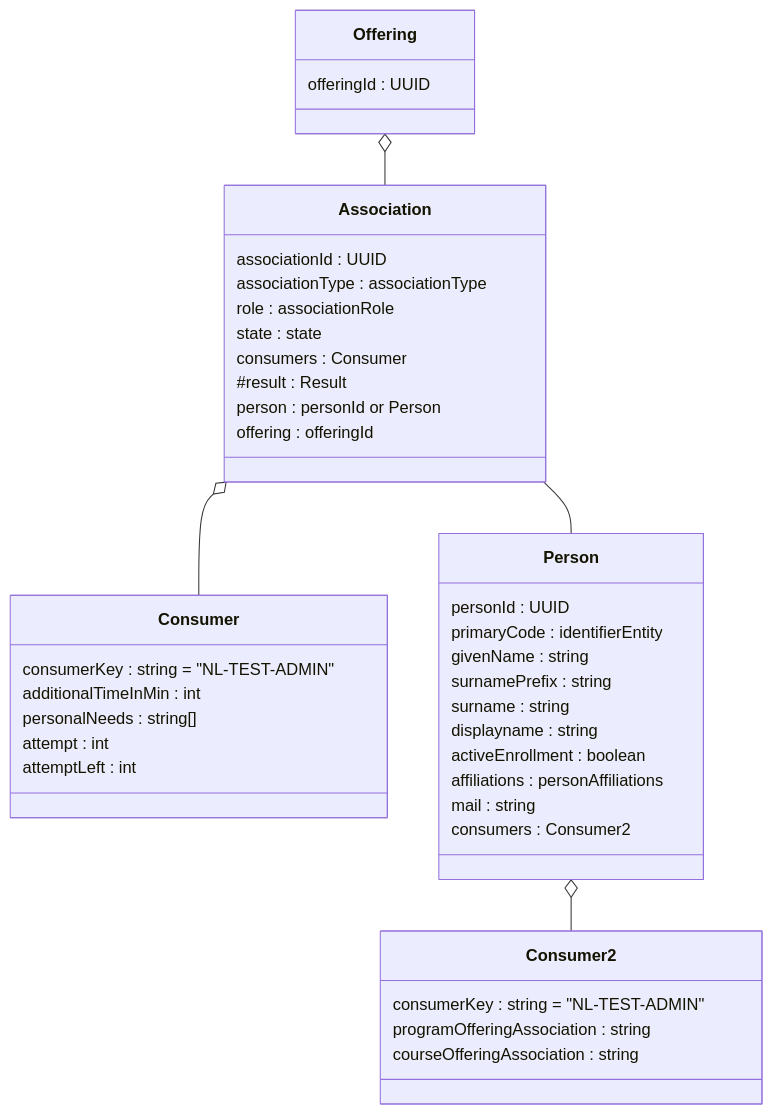
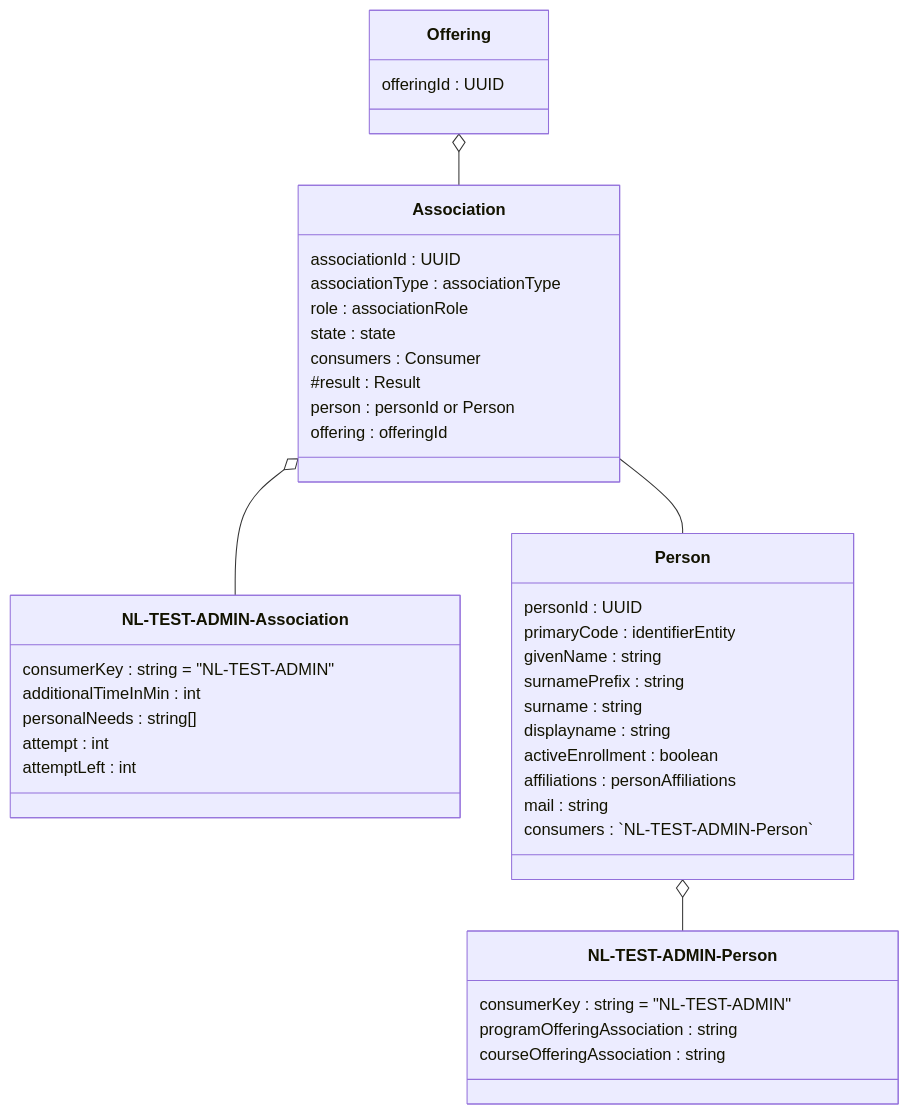
The second of 5 diagrams in doc/flow1.md (NetwerkExamineringDigitalisering/NED-OOAPI), drawn with Mermaid before and after one commit. The commit also changed 4 other files, not shown here.

Commit message:
fix mermaid issues with dashes

````diff
--- a/doc/flow1.md
+++ b/doc/flow1.md
@@ -91,45 +91,45 @@
 ```mermaid
 classDiagram
     class Association {
     	associationId : UUID
-	associationType : associationType
-	role : associationRole
-	state : state
-	consumers : Consumer
-#	result : Result
-	person : personId or Person
-	offering : offeringId
+        associationType : associationType
+        role : associationRole
+        state : state
+        consumers : Consumer
+    #	result : Result
+        person : personId or Person
+        offering : offeringId
     }
-    class Consumer {
+    class `NL-TEST-ADMIN-Association` {
     	consumerKey : string = "NL-TEST-ADMIN"
 	    additionalTimeInMin : int
 	    personalNeeds : string[]
         attempt : int
         attemptLeft : int
     }
     class Person {
-	personId : UUID
-	primaryCode : identifierEntity
-	givenName : string
-	surnamePrefix : string 
-	surname : string
-	displayname : string
-	activeEnrollment : boolean 
-	affiliations : personAffiliations
-	mail : string
-    	consumers : Consumer2
+        personId : UUID
+        primaryCode : identifierEntity
+        givenName : string
+        surnamePrefix : string 
+        surname : string
+        displayname : string
+        activeEnrollment : boolean 
+        affiliations : personAffiliations
+        mail : string
+    	consumers : `NL-TEST-ADMIN-Person`
     }
-    class Consumer2 {
+    class `NL-TEST-ADMIN-Person` {
     	consumerKey : string = "NL-TEST-ADMIN"
 	    programOfferingAssociation : string
 	    courseOfferingAssociation : string
     }
     class Offering {
        offeringId : UUID
     }
     Offering  o-- Association
-    Association o-- Consumer
+    Association o-- `NL-TEST-ADMIN-Association`
     Association -- Person
-    Person o-- Consumer2
+    Person o-- `NL-TEST-ADMIN-Person`
 
 ```
````
